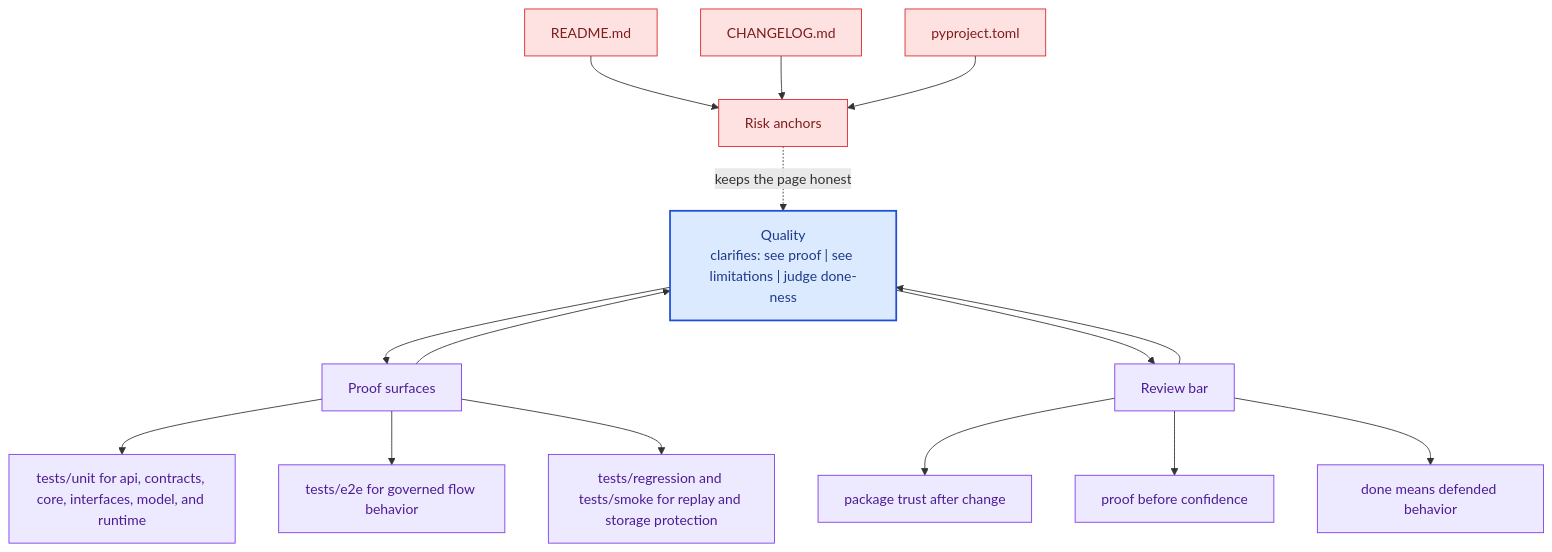
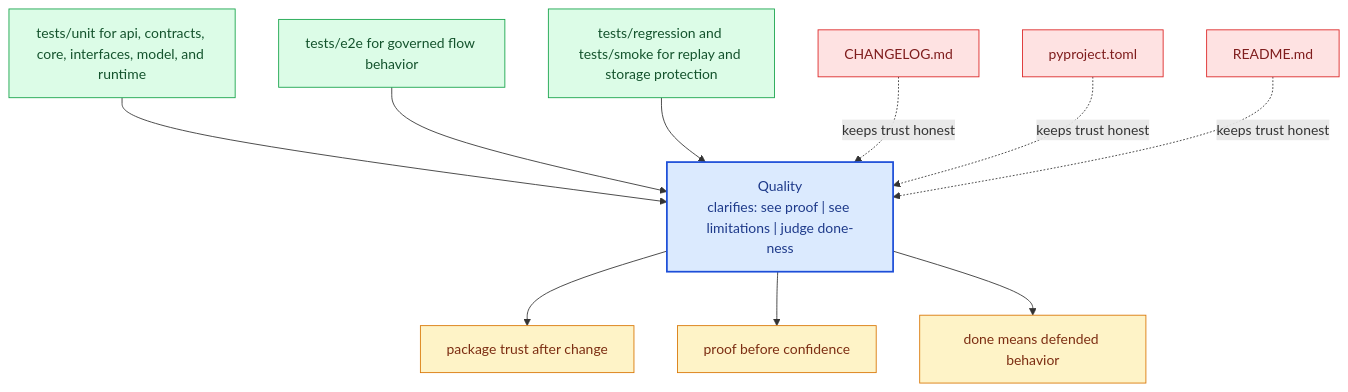
The diagram in docs/bijux-canon-runtime/quality/index.md (bijux/bijux-canon), drawn with Mermaid before and after one commit. The commit also changed other lines of this file and 281 other files, not shown here.

Commit message:
docs(diagrams): replace repeated mermaid scaffolds with page-specific summaries

````diff
--- a/docs/bijux-canon-runtime/quality/index.md
+++ b/docs/bijux-canon-runtime/quality/index.md
@@ -65,41 +20,31 @@
 ```mermaid
 flowchart TB
-    promise["Quality<br/>clarifies: see proof | see limitations | judge done-ness"]
-    classDef promise fill:#dbeafe,stroke:#1d4ed8,color:#1e3a8a,stroke-width:2px;
-    classDef driver fill:#dcfce7,stroke:#16a34a,color:#14532d;
-    classDef constraint fill:#fee2e2,stroke:#dc2626,color:#7f1d1d;
-    classDef ground fill:#ede9fe,stroke:#7c3aed,color:#4c1d95;
-    focus1["Proof surfaces"]
-    focus1 --> promise
-    promise --> focus1
-    focus1_1["tests/unit for api, contracts, core, interfaces, model, and runtime"]
-    focus1 --> focus1_1
-    focus1_2["tests/e2e for governed flow behavior"]
-    focus1 --> focus1_2
-    focus1_3["tests/regression and tests/smoke for replay and storage protection"]
-    focus1 --> focus1_3
-    class focus1 ground;
-    class focus1_1,focus1_2,focus1_3 ground;
-    focus2["Risk anchors"]
-    focus2 -.keeps the page honest.-> promise
-    focus2_1["README.md"]
-    focus2_1 --> focus2
-    focus2_2["CHANGELOG.md"]
-    focus2_2 --> focus2
-    focus2_3["pyproject.toml"]
-    focus2_3 --> focus2
-    class focus2 constraint;
-    class focus2_1,focus2_2,focus2_3 constraint;
-    focus3["Review bar"]
-    focus3 --> promise
-    promise --> focus3
-    focus3_1["package trust after change"]
-    focus3 --> focus3_1
-    focus3_2["proof before confidence"]
-    focus3 --> focus3_2
-    focus3_3["done means defended behavior"]
-    focus3 --> focus3_3
-    class focus3 ground;
-    class focus3_1,focus3_2,focus3_3 ground;
-    class promise promise;
+    page["Quality<br/>clarifies: see proof | see limitations | judge done-ness"]
+    classDef page fill:#dbeafe,stroke:#1d4ed8,color:#1e3a8a,stroke-width:2px;
+    classDef positive fill:#dcfce7,stroke:#16a34a,color:#14532d;
+    classDef caution fill:#fee2e2,stroke:#dc2626,color:#7f1d1d;
+    classDef anchor fill:#ede9fe,stroke:#7c3aed,color:#4c1d95;
+    classDef action fill:#fef3c7,stroke:#d97706,color:#7c2d12;
+    proof1["tests/unit for api, contracts, core, interfaces, model, and runtime"]
+    proof1 --> page
+    proof2["tests/e2e for governed flow behavior"]
+    proof2 --> page
+    proof3["tests/regression and tests/smoke for replay and storage protection"]
+    proof3 --> page
+    risk1["CHANGELOG.md"]
+    risk1 -.keeps trust honest.-> page
+    risk2["pyproject.toml"]
+    risk2 -.keeps trust honest.-> page
+    risk3["README.md"]
+    risk3 -.keeps trust honest.-> page
+    bar1["package trust after change"]
+    page --> bar1
+    bar2["proof before confidence"]
+    page --> bar2
+    bar3["done means defended behavior"]
+    page --> bar3
+    class page page;
+    class proof1,proof2,proof3 positive;
+    class risk1,risk2,risk3 caution;
+    class bar1,bar2,bar3 action;
 ```
````
